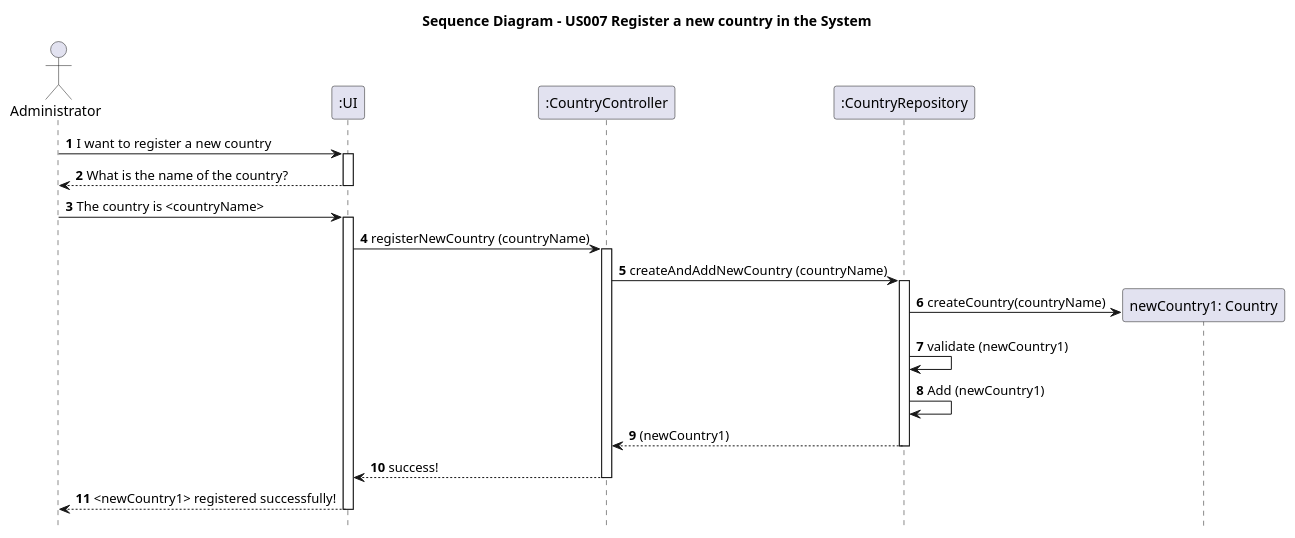
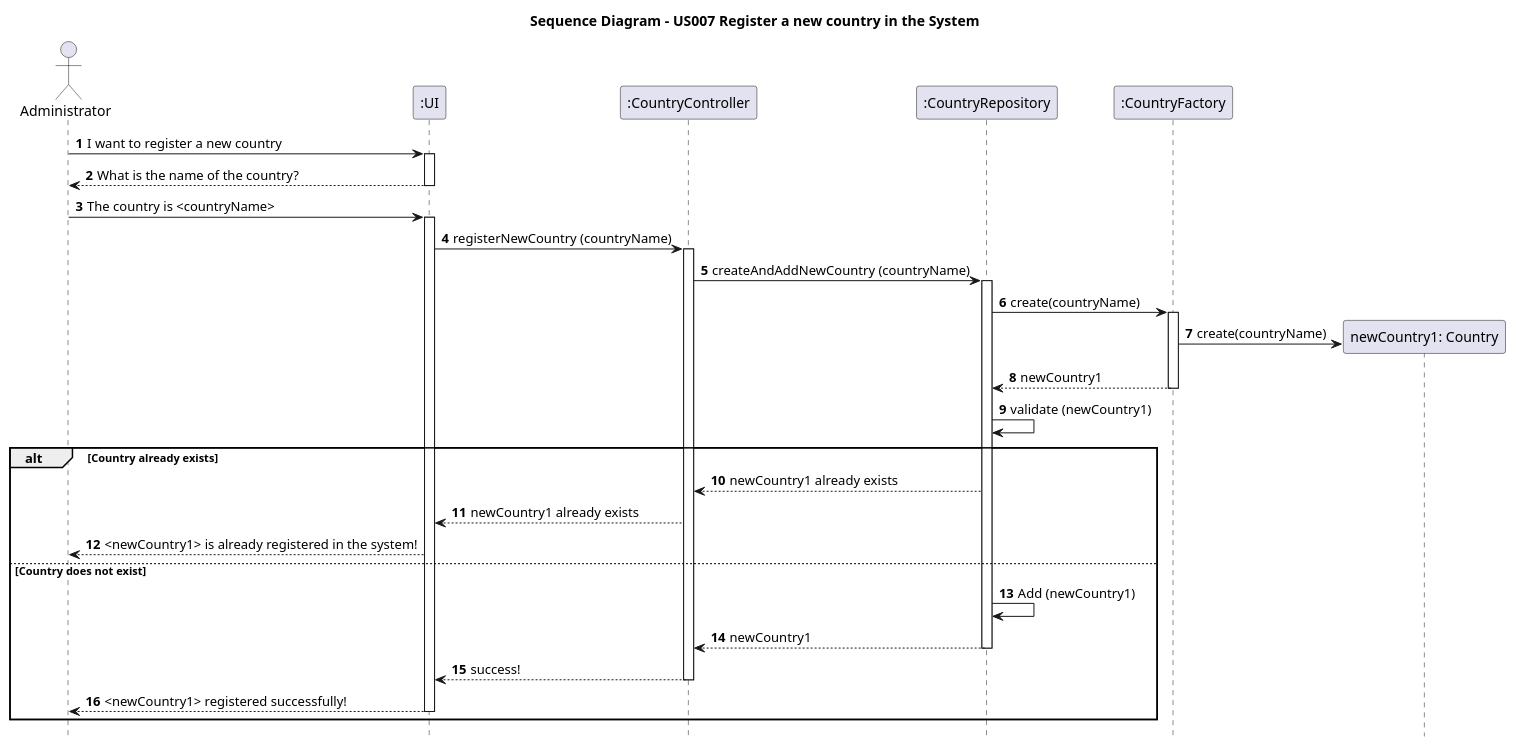
The diagram in Diagrams/SequenceDiagrams/N2/US007-to-register-a-new-country-in-the-system.puml (AndrePereiraGitH/SWitCH-Project-Team_A), drawn with PlantUML before and after one commit. The commit also changed 43 other files, not shown here.

Commit message:
Working on #298, creation of CountryFactory and adapting Dependency Tests

```diff
--- a/Diagrams/SequenceDiagrams/N2/US007-to-register-a-new-country-in-the-system.puml
+++ b/Diagrams/SequenceDiagrams/N2/US007-to-register-a-new-country-in-the-system.puml
@@ -1,49 +1,61 @@
 @startuml
 
 footbox off
 
 title Sequence Diagram - US007 Register a new country in the System
 
 
 actor Administrator
 participant ":UI" as UI
 
+autonumber
 
 
 participant ":CountryController" as CountryController
+participant ":CountryRepository" as CountryRepository
+participant ":CountryFactory" as CountryFactory
 
 
+Administrator -> UI : I want to register a new country
+activate UI
+UI --> Administrator : What is the name of the country?
+deactivate UI
 
-participant ":CountryRepository" as AddressRepository
+Administrator -> UI : The country is <countryName>
+activate UI
+
+UI -> CountryController : registerNewCountry (countryName)
+activate CountryController
 
 
-Administrator -> UI : **1** I want to register a new country
-activate UI
-UI --> Administrator : **2** What is the name of the country?
+CountryController -> CountryRepository : createAndAddNewCountry (countryName)
+activate CountryRepository
+
+CountryRepository -> CountryFactory : create(countryName)
+activate CountryFactory
+create participant "newCountry1: Country" as Country
+CountryFactory -> Country : create(countryName)
+
+CountryFactory --> CountryRepository : newCountry1
+deactivate CountryFactory
+
+CountryRepository -> CountryRepository : validate (newCountry1)
+
+alt Country already exists
+CountryRepository --> CountryController : newCountry1 already exists
+CountryController --> UI : newCountry1 already exists
+UI --> Administrator : <newCountry1> is already registered in the system!
+else Country does not exist
+CountryRepository -> CountryRepository : Add (newCountry1)
+CountryRepository --> CountryController : newCountry1
+deactivate CountryRepository
+
+CountryController --> UI : success!
+deactivate CountryController
+
+UI --> Administrator : <newCountry1> registered successfully!
 deactivate UI
-
-Administrator -> UI : **3** The country is <countryName>
-activate UI
-
-UI -> CountryController : **4** registerNewCountry (countryName)
-activate CountryController
-
-CountryController -> AddressRepository : **5** createAndAddNewCountry (countryName)
-activate AddressRepository
+end
 
 
-create "newCountry1: Country" as Country
-AddressRepository -> Country : **6** createCountry(countryName)
-
-AddressRepository -> AddressRepository : **7** validate (newCountry1)
-AddressRepository -> AddressRepository : **8** Add (newCountry1)
-AddressRepository --> CountryController : **9** (newCountry1)
-deactivate AddressRepository
-
-CountryController --> UI : **10** success!
-deactivate CountryController
-
-UI --> Administrator : **11** <newCountry1> registered successfully!
-deactivate UI
-
 @enduml
```
